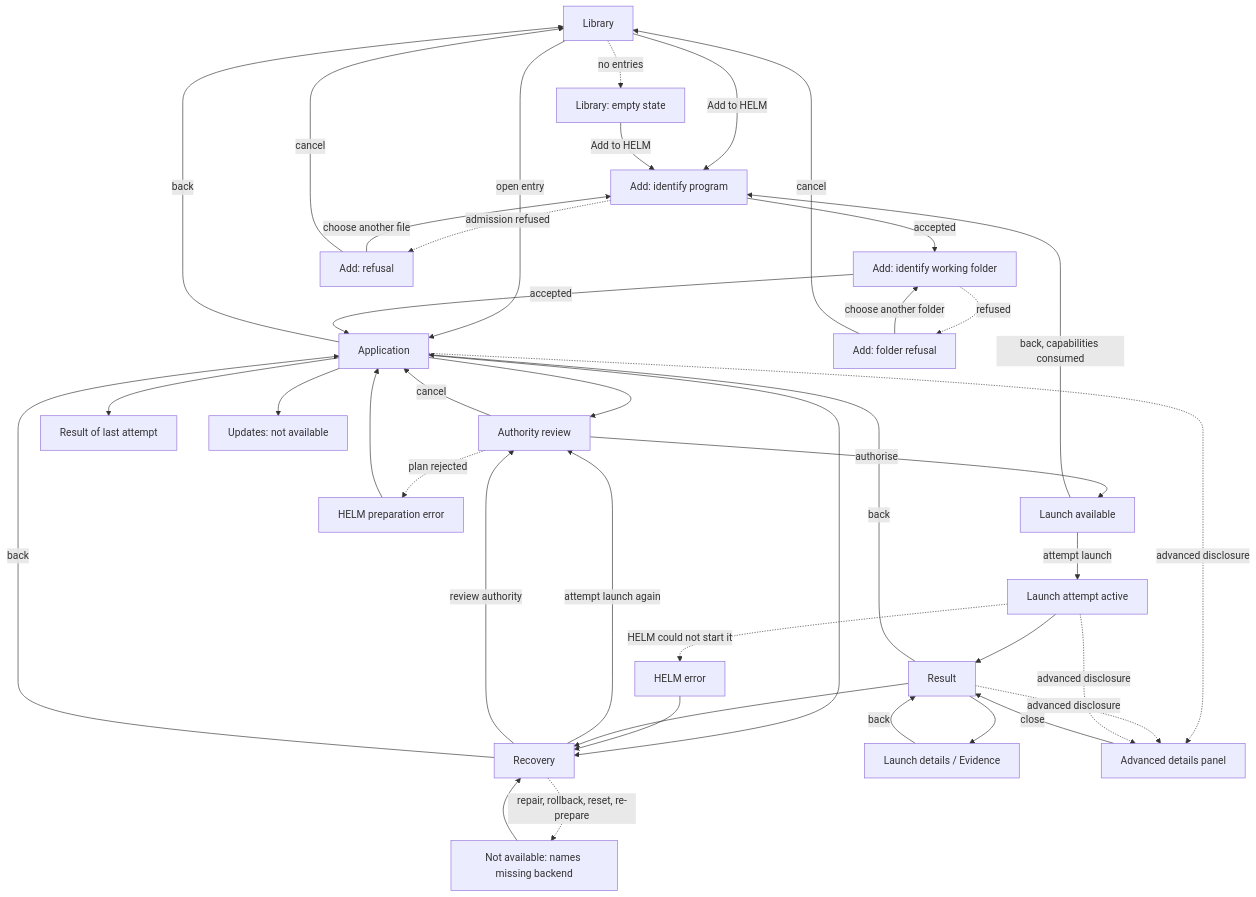
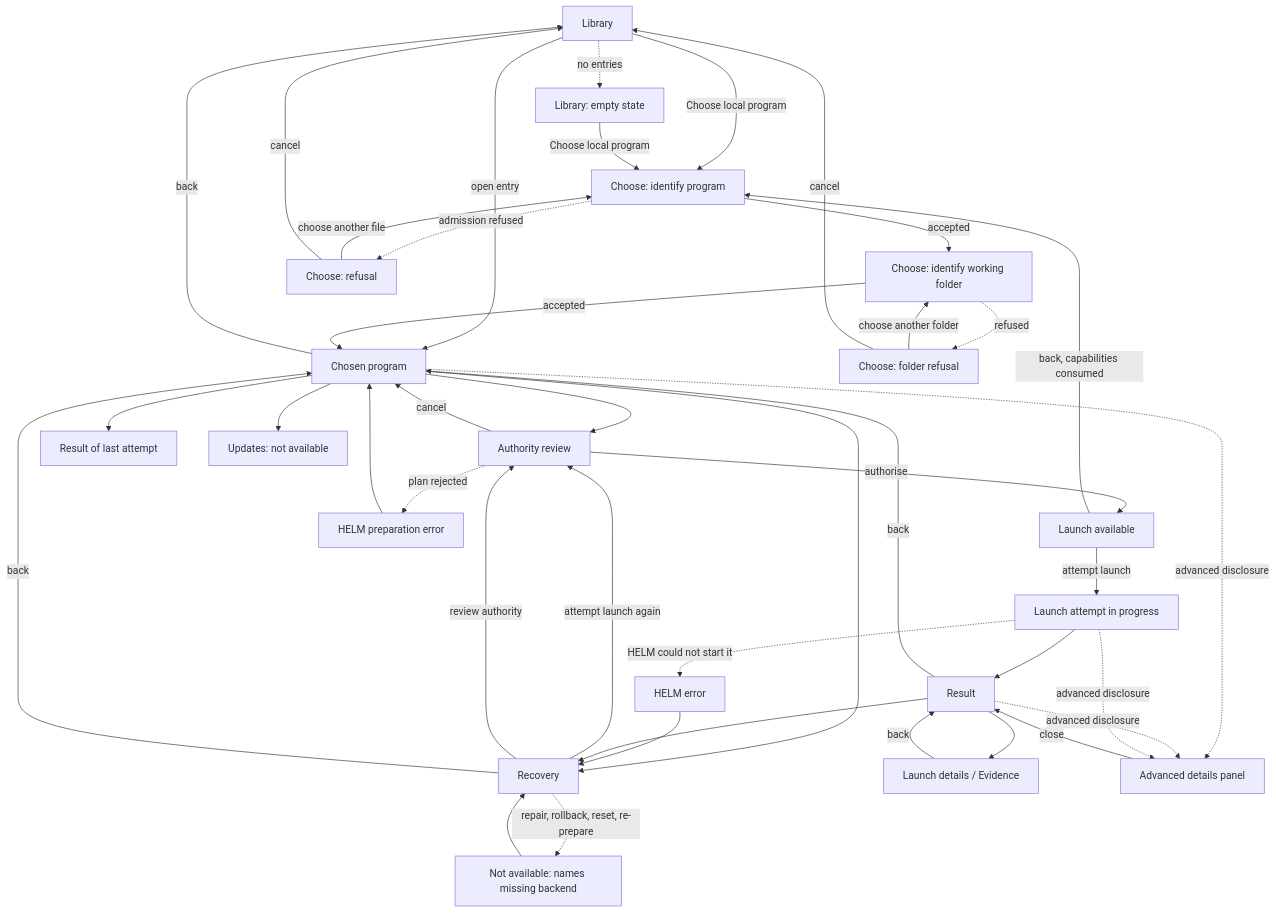
The diagram in docs/implementation/HELM-G2-VISUAL-KICKOFF.md (Djomla83/helm-os), drawn with Mermaid before and after one commit. The commit also changed other lines of this file and 1 other file, not shown here.

````diff
--- a/docs/implementation/HELM-G2-VISUAL-KICKOFF.md
+++ b/docs/implementation/HELM-G2-VISUAL-KICKOFF.md
@@ -495,51 +532,51 @@
 ```mermaid
 flowchart TD
-    L[Library] -->|Add to HELM| A1[Add: identify program]
-    L -->|open entry| AP[Application]
+    L[Library] -->|Choose local program| A1[Choose: identify program]
+    L -->|open entry| AP[Chosen program]
     L -.->|no entries| LE[Library: empty state]
-    LE -->|Add to HELM| A1
+    LE -->|Choose local program| A1
 
-    A1 -->|accepted| A2[Add: identify working folder]
-    A1 -.->|admission refused| A1E[Add: refusal]
+    A1 -->|accepted| A2[Choose: identify working folder]
+    A1 -.->|admission refused| A1E[Choose: refusal]
     A1E -->|choose another file| A1
     A1E -->|cancel| L
 
     A2 -->|accepted| AP
-    A2 -.->|refused| A2E[Add: folder refusal]
+    A2 -.->|refused| A2E[Choose: folder refusal]
     A2E -->|choose another folder| A2
     A2E -->|cancel| L
 
     AP --> AUTH[Authority review]
     AP --> RES0[Result of last attempt]
     AP --> UPD[Updates: not available]
     AP --> REC[Recovery]
     AP -->|back| L
 
     AUTH -->|authorise| RDY[Launch available]
     AUTH -.->|plan rejected| PE[HELM preparation error]
     AUTH -->|cancel| AP
     PE --> AP
 
-    RDY -->|attempt launch| RUN[Launch attempt active]
+    RDY -->|attempt launch| RUN[Launch attempt in progress]
     RDY -->|back, capabilities consumed| A1
 
     RUN --> RES[Result]
     RUN -.->|HELM could not start it| HE[HELM error]
     HE --> REC
 
     RES --> EV[Launch details / Evidence]
     RES --> REC
     RES -->|back| AP
     EV -->|back| RES
 
     REC -->|attempt launch again| AUTH
     REC -->|review authority| AUTH
     REC -.->|repair, rollback, reset, re-prepare| RECU[Not available: names missing backend]
     RECU --> REC
     REC -->|back| AP
 
     AP -.->|advanced disclosure| ADV[Advanced details panel]
     RES -.->|advanced disclosure| ADV
     RUN -.->|advanced disclosure| ADV
     ADV -->|close| RES
 ```
````
